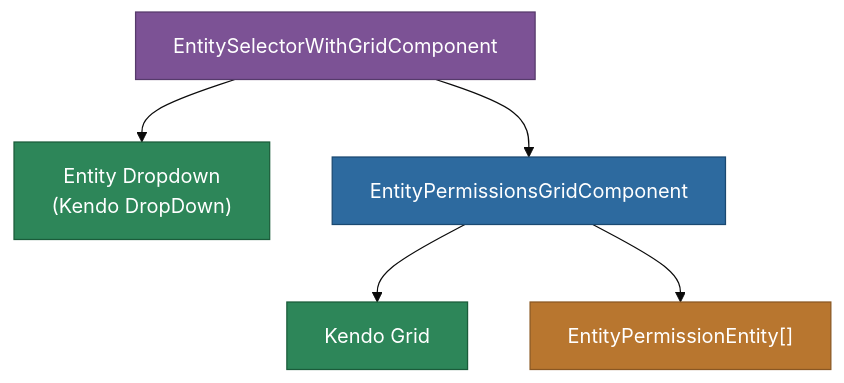
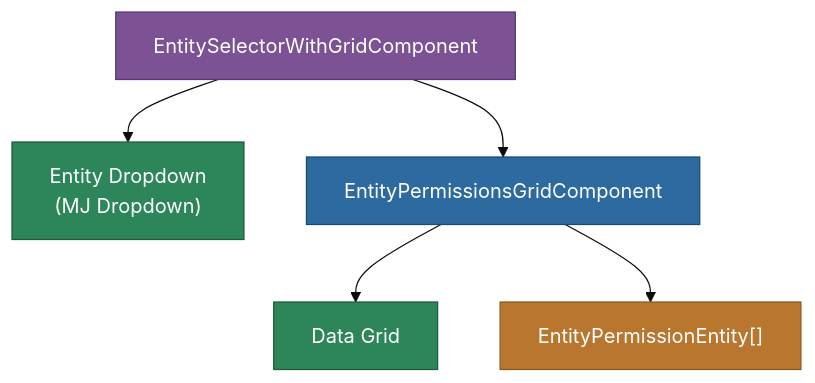
The diagram in packages/Angular/Explorer/entity-permissions/README.md (MemberJunction/MJ), drawn with Mermaid (base theme) before and after one commit. The commit also changed other lines of this file and 117 other files, not shown here.

````diff
--- a/packages/Angular/Explorer/entity-permissions/README.md
+++ b/packages/Angular/Explorer/entity-permissions/README.md
@@ -9,13 +9,13 @@
 ```mermaid
 graph TD
-    ESWG["EntitySelectorWithGridComponent"] --> DD["Entity Dropdown\n(Kendo DropDown)"]
+    ESWG["EntitySelectorWithGridComponent"] --> DD["Entity Dropdown\n(MJ Dropdown)"]
     ESWG --> EPG["EntityPermissionsGridComponent"]
-    EPG --> KG["Kendo Grid"]
+    EPG --> KG["Data Grid"]
     EPG --> EP["EntityPermissionEntity[]"]
 
     style ESWG fill:#7c5295,stroke:#563a6b,color:#fff
     style DD fill:#2d8659,stroke:#1a5c3a,color:#fff
     style EPG fill:#2d6a9f,stroke:#1a4971,color:#fff
     style KG fill:#2d8659,stroke:#1a5c3a,color:#fff
     style EP fill:#b8762f,stroke:#8a5722,color:#fff
 ```
````
